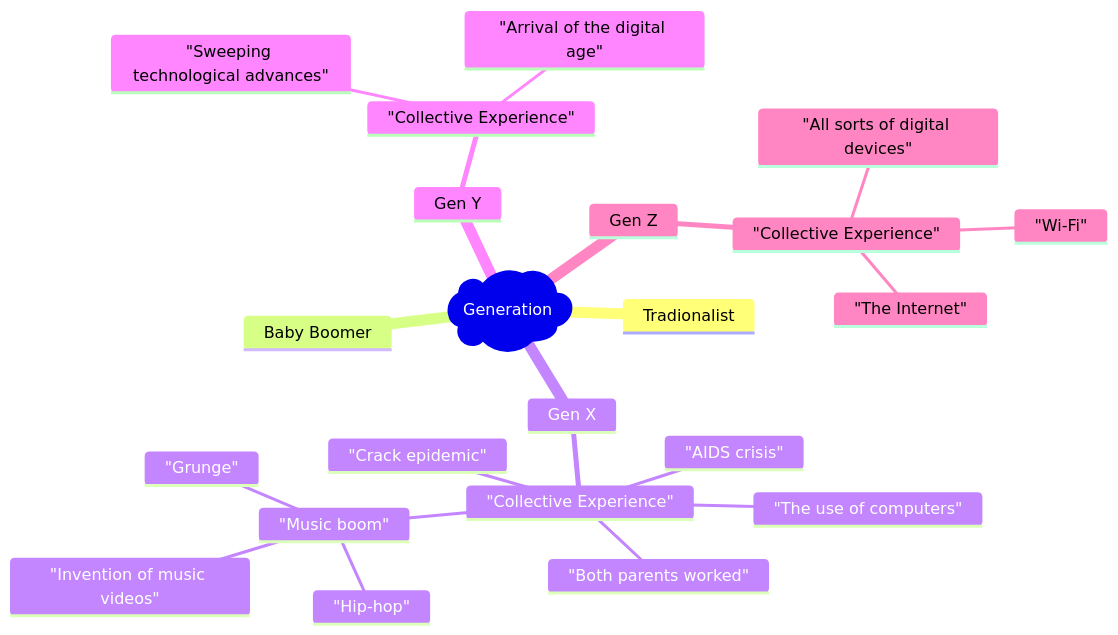
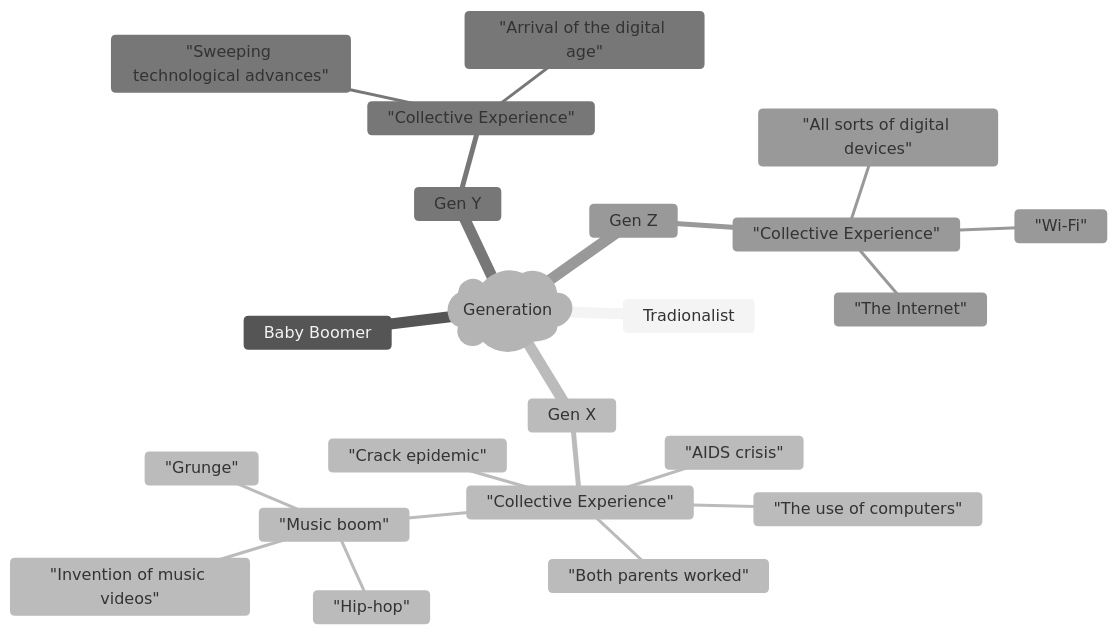
Before and after one commit to Charlie929-dot/charlie_vault: the diagram in 英语第一次作业.md, drawn with Mermaid. The commit also changed 1 other file, not shown here.

Commit message:
vault backup: 2026-03-03 10:41:48

````diff
--- a/英语第一次作业.md
+++ b/英语第一次作业.md
@@ -3,25 +3,26 @@
 ```mermaid
-mindmap
-  root)Generation(
-    Tradionalist
-    Baby Boomer
-    Gen X
-      "Collective Experience"
-        "The use of computers"
-        "Both parents worked"
-        "Crack epidemic"
-        "AIDS crisis"
-        "Music boom"
-          "Invention of music videos"
-          "Hip-hop"
-          "Grunge"
-    Gen Y
-      "Collective Experience"
-        "Sweeping technological advances"
-        "Arrival of the digital age"
-    Gen Z
-      "Collective Experience"
-        "All sorts of digital devices"
-        "The Internet"
-        "Wi-Fi"
+%%{init: {'theme': 'neutral'}}%%
+	mindmap
+	  root)Generation(
+	    Tradionalist
+	    Baby Boomer
+	    Gen X
+	      "Collective Experience"
+	        "The use of computers"
+	        "Both parents worked"
+	        "Crack epidemic"
+	        "AIDS crisis"
+	        "Music boom"
+	          "Invention of music videos"
+	          "Hip-hop"
+	          "Grunge"
+	    Gen Y
+	      "Collective Experience"
+	        "Sweeping technological advances"
+	        "Arrival of the digital age"
+	    Gen Z
+	      "Collective Experience"
+	        "All sorts of digital devices"
+	        "The Internet"
+	        "Wi-Fi"
 ```
````
